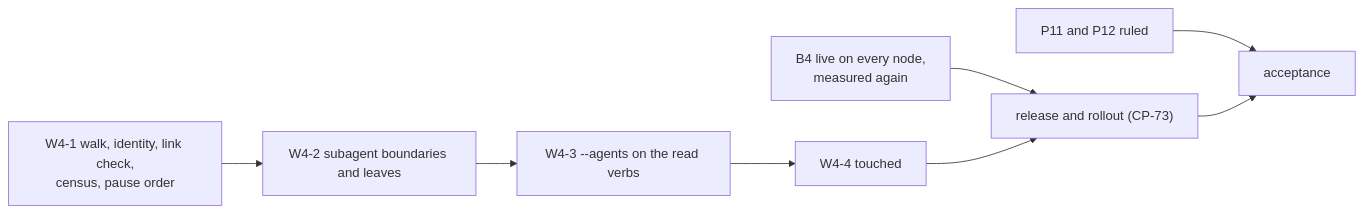
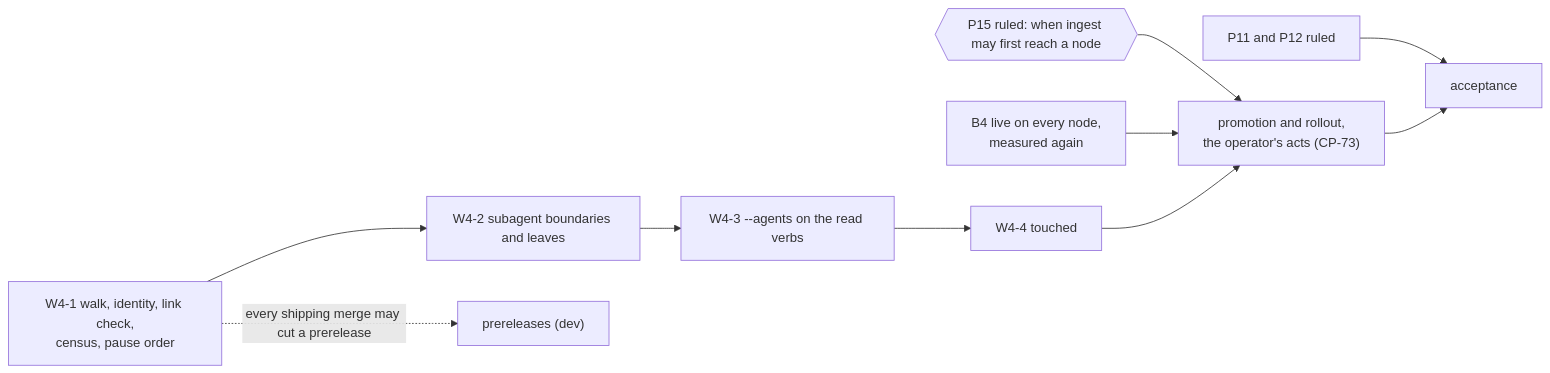
The third of 3 diagrams in docs/superpowers/specs/2026-10-29-ccrc-history-w4-subagents-touched-design.md (Synapsium-Labs/ccrc-pwa), drawn with Mermaid before and after one commit. The commit also changed other lines of this file and 1 other file, not shown here.

````diff
--- a/docs/superpowers/specs/2026-10-29-ccrc-history-w4-subagents-touched-design.md
+++ b/docs/superpowers/specs/2026-10-29-ccrc-history-w4-subagents-touched-design.md
@@ -411,10 +491,12 @@
 ```mermaid
 flowchart LR
   W1["W4-1 walk, identity, link check,<br/>census, pause order"] --> W2["W4-2 subagent boundaries and leaves"]
   W2 --> W3["W4-3 --agents on the read verbs"]
   W3 --> W4["W4-4 touched"]
-  P["B4 live on every node,<br/>measured again"] --> R["release and rollout (CP-73)"]
+  W1 -. "every shipping merge may cut a prerelease" .-> PR["prereleases (dev)"]
+  S{{"P15 ruled: when ingest may first reach a node"}} --> R["promotion and rollout,<br/>the operator's acts (CP-73)"]
+  P["B4 live on every node,<br/>measured again"] --> R
   W4 --> R
   D["P11 and P12 ruled"] --> AC["acceptance"]
   R --> AC
 ```
````
